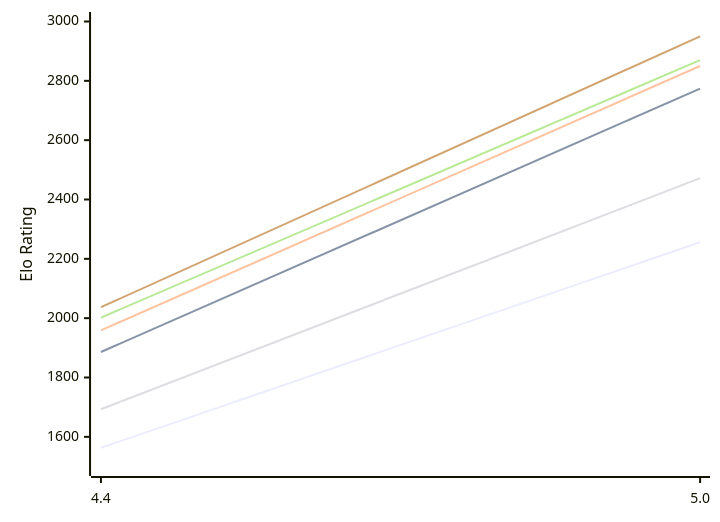
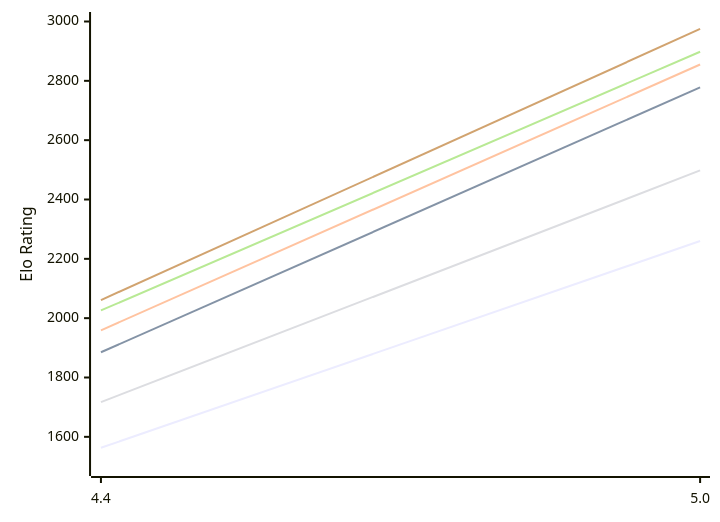
Before and after one commit to computer-chess-index/cci: the first of 2 diagrams in engines/Radiance.md, drawn with Mermaid. The commit also changed other lines of this file, not shown here.

Commit message:
Update CCI Ratings (ELO VLTC) - 2026-10-21

````diff
--- a/engines/Radiance.md
+++ b/engines/Radiance.md
@@ -51,12 +51,12 @@
 ```mermaid
 %%{init: {"theme":"base","themeVariables":{"seriesColors:['#a3a3a3','#222221','#faa371']}}}%%
 xychart-beta
   x-axis ["4.4", "5.0"]
   y-axis "Elo Rating" 1500 --> 3000
-  line "E1: STC (8.0+0.08s)" [1563, 2256]
-  line "E1: LTC (60.0+0.60s)" [1886, 2774]
-  line "E1: VLTC (2m24s+1.12s)" [1959, 2850]
-  line "P1: STC (8.0+0.08s)" [1693, 2472]
-  line "P1: LTC (60.0+0.60s)" [2002, 2870]
-  line "P1: VLTC (2m24s+1.12s)" [2037, 2950]
+  line "E1: STC (8.0+0.08s)" [1563, 2260]
+  line "E1: LTC (60.0+0.60s)" [1885, 2778]
+  line "E1: VLTC (2m24s+1.12s)" [1959, 2855]
+  line "P1: STC (8.0+0.08s)" [1717, 2498]
+  line "P1: LTC (60.0+0.60s)" [2026, 2898]
+  line "P1: VLTC (2m24s+1.12s)" [2061, 2975]
 ```
````
